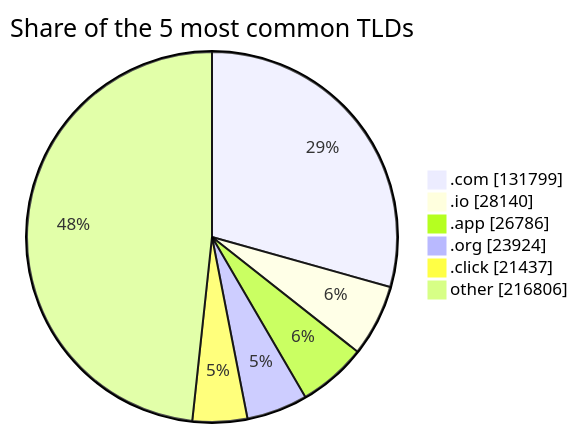
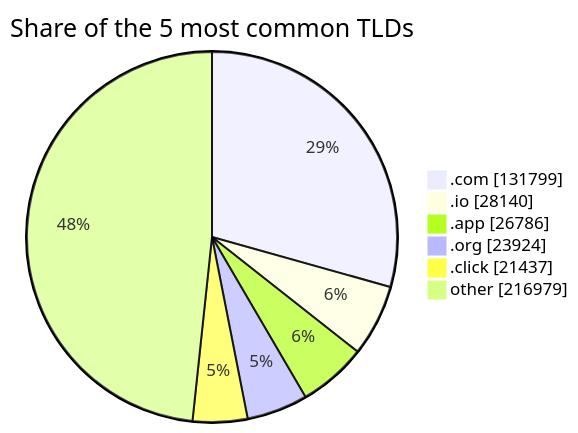
The third of 3 diagrams in README.md (DNSBunker/CTI), drawn with Mermaid before and after one commit. The commit also changed other lines of this file and 3 other files, not shown here.

````diff
--- a/README.md
+++ b/README.md
@@ -81,9 +81,9 @@
 ```mermaid
 pie showData title Share of the 5 most common TLDs
     ".com" : 131799
     ".io" : 28140
     ".app" : 26786
     ".org" : 23924
     ".click" : 21437
-    "other" : 216806
+    "other" : 216979
 ```
````
